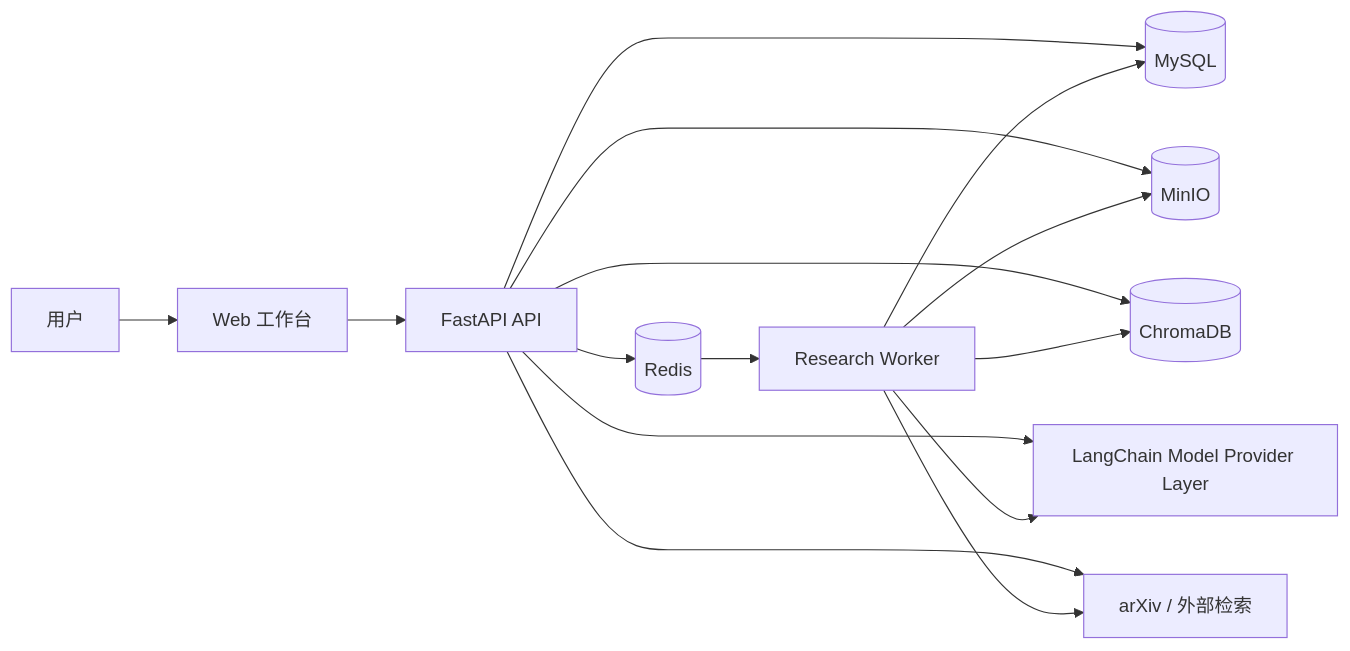
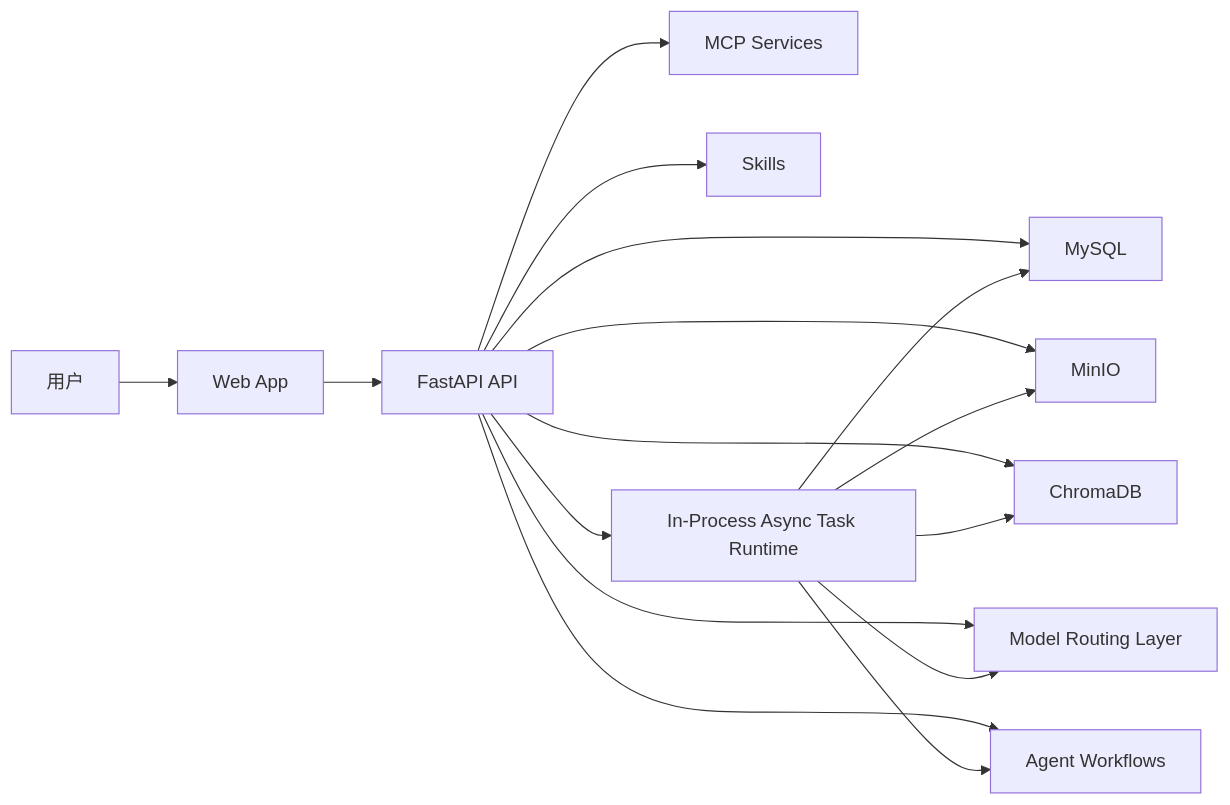
Before and after one commit to sdybrbdc/PaperChatAgent: the first of 2 diagrams in docs/architecture.md, drawn with Mermaid. The commit also changed other lines of this file and 14 other files, not shown here.

Commit message:
Refresh architecture docs and remove legacy design variants

````diff
--- a/docs/architecture.md
+++ b/docs/architecture.md
@@ -126,17 +28,18 @@
 ```mermaid
 flowchart LR
-    User[用户] --> Frontend[Web 工作台]
-    Frontend --> Backend[FastAPI API]
-    Backend --> MySQL[(MySQL)]
-    Backend --> Redis[(Redis)]
-    Backend --> MinIO[(MinIO)]
-    Backend --> Chroma[(ChromaDB)]
-    Backend --> LLM[LangChain Model Provider Layer]
-    Backend --> Search[arXiv / 外部检索]
-    Redis --> Worker[Research Worker]
-    Worker --> MySQL
-    Worker --> MinIO
-    Worker --> Chroma
-    Worker --> LLM
-    Worker --> Search
+    User["用户"] --> Frontend["Web App"]
+    Frontend --> Backend["FastAPI API"]
+    Backend --> MySQL["MySQL"]
+    Backend --> MinIO["MinIO"]
+    Backend --> Chroma["ChromaDB"]
+    Backend --> ModelLayer["Model Routing Layer"]
+    Backend --> MCP["MCP Services"]
+    Backend --> Skills["Skills"]
+    Backend --> AgentLayer["Agent Workflows"]
+    Backend --> InProcessRuntime["In-Process Async Task Runtime"]
+    InProcessRuntime --> MySQL
+    InProcessRuntime --> MinIO
+    InProcessRuntime --> Chroma
+    InProcessRuntime --> ModelLayer
+    InProcessRuntime --> AgentLayer
 ```
````
